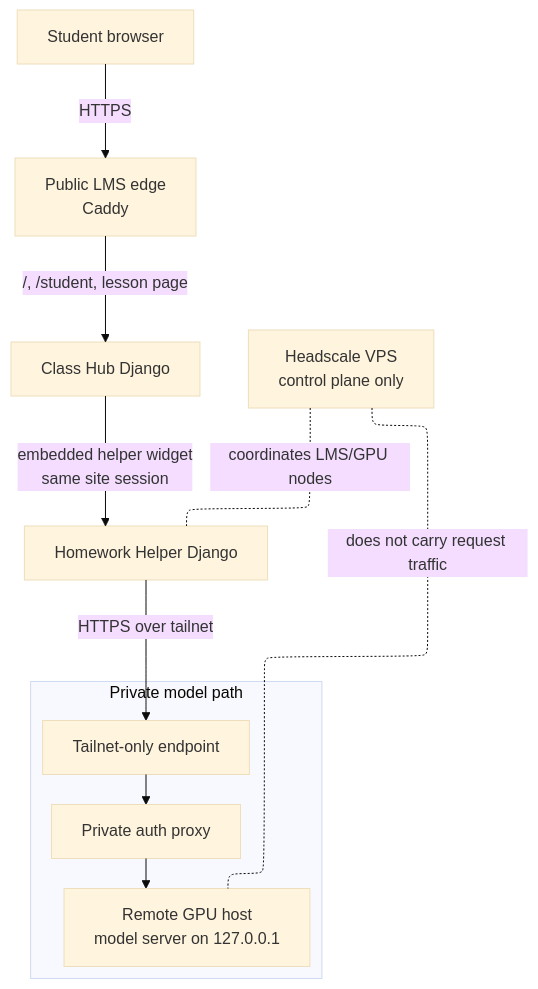
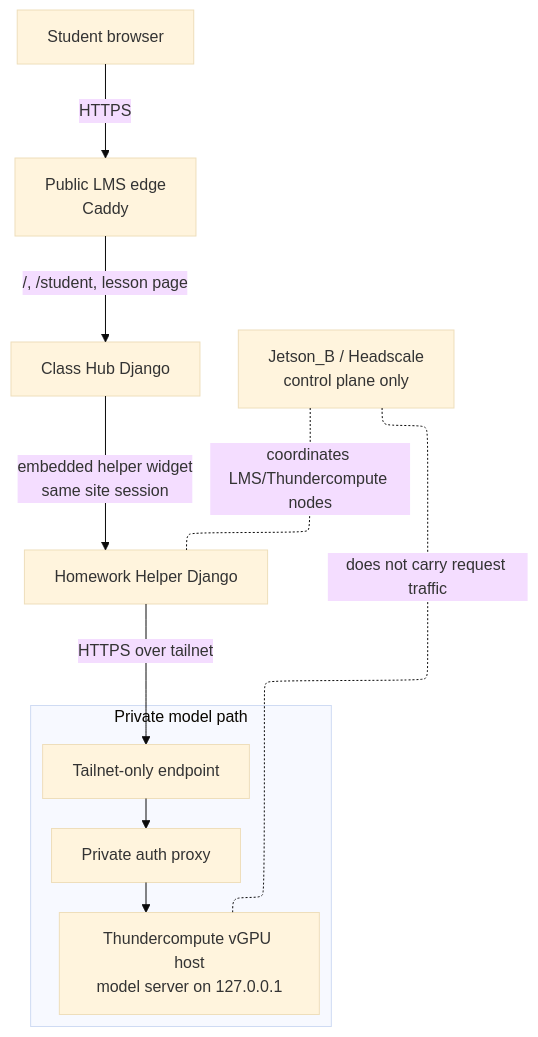
One commit to bseverns/classhub changed the second of 6 diagrams in docs/ARCHITECTURE.md. Above: the diagram before and after it, drawn with Mermaid (base theme). The commit also changed other lines of this file and 32 other files, not shown here.

Commit message:
Jetson-B headscale role

````diff
--- a/docs/ARCHITECTURE.md
+++ b/docs/ARCHITECTURE.md
@@ -35,21 +35,21 @@
 ```mermaid
 %%{init: {"flowchart": {"nodeSpacing": 18, "rankSpacing": 20, "defaultRenderer": "elk"}}}%%
 flowchart TB
   S[Student browser] -->|HTTPS| E[Public LMS edge<br/>Caddy]
   E -->|/, /student, lesson page| CH[Class Hub Django]
   CH -->|embedded helper widget<br/>same site session| HH[Homework Helper Django]
 
   subgraph PRIVATE["Private model path"]
     direction TB
     TS[Tailnet-only endpoint]
     AP[Private auth proxy]
-    GPU[Remote GPU host<br/>model server on 127.0.0.1]
+    GPU[Thundercompute vGPU host<br/>model server on 127.0.0.1]
     TS --> AP --> GPU
   end
 
-  HS[Headscale VPS<br/>control plane only]
+  HS[Jetson_B / Headscale<br/>control plane only]
 
   HH -->|HTTPS over tailnet| TS
-  HS -. coordinates LMS/GPU nodes .- HH
+  HS -. coordinates LMS/Thundercompute nodes .- HH
   HS -. does not carry request traffic .- GPU
 ```
````
